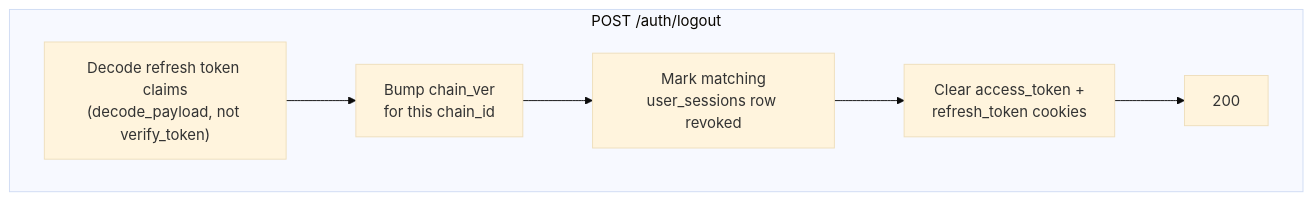
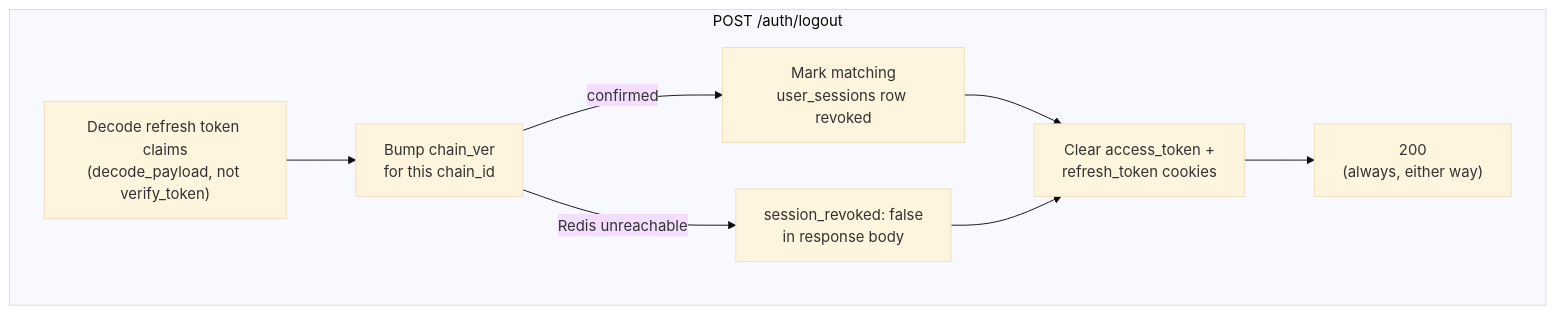
One commit to Nachiket-2024/mystic-auth changed the first of 2 diagrams in docs/mystic_auth/authentication/logout.md. Above: the diagram before and after it, drawn with Mermaid (base theme). The commit also changed other lines of this file and 350 other files, not shown here.

````diff
--- a/docs/mystic_auth/authentication/logout.md
+++ b/docs/mystic_auth/authentication/logout.md
@@ -22,9 +22,11 @@
 ```mermaid
 flowchart TD
     subgraph Logout["POST /auth/logout"]
         L1["Decode refresh token claims\n(decode_payload, not verify_token)"] --> L2["Bump chain_ver\nfor this chain_id"]
-        L2 --> L3["Mark matching\nuser_sessions row revoked"]
+        L2 -->|confirmed| L3["Mark matching\nuser_sessions row revoked"]
+        L2 -->|Redis unreachable| L3b["session_revoked: false\nin response body"]
         L3 --> L4["Clear access_token +\nrefresh_token cookies"]
-        L4 --> L5["200"]
+        L3b --> L4
+        L4 --> L5["200\n(always, either way)"]
     end
 ```
````
